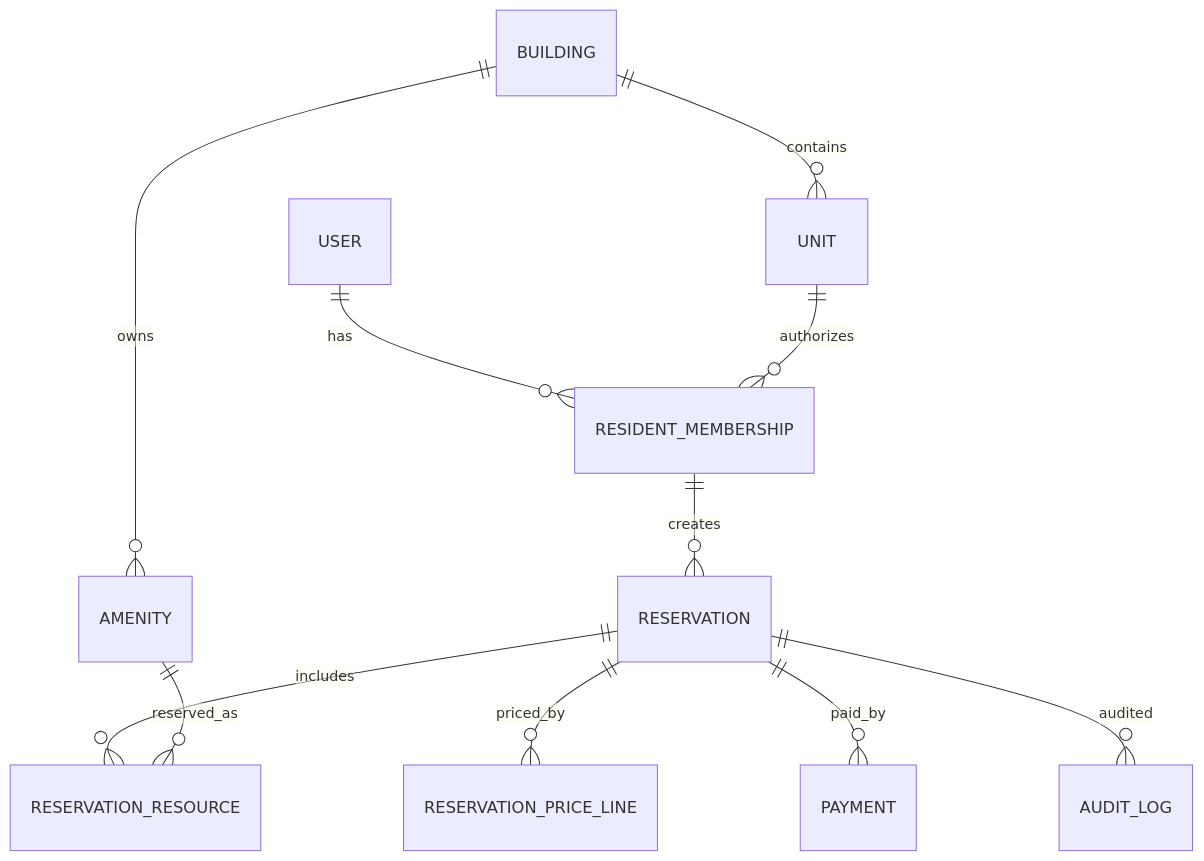
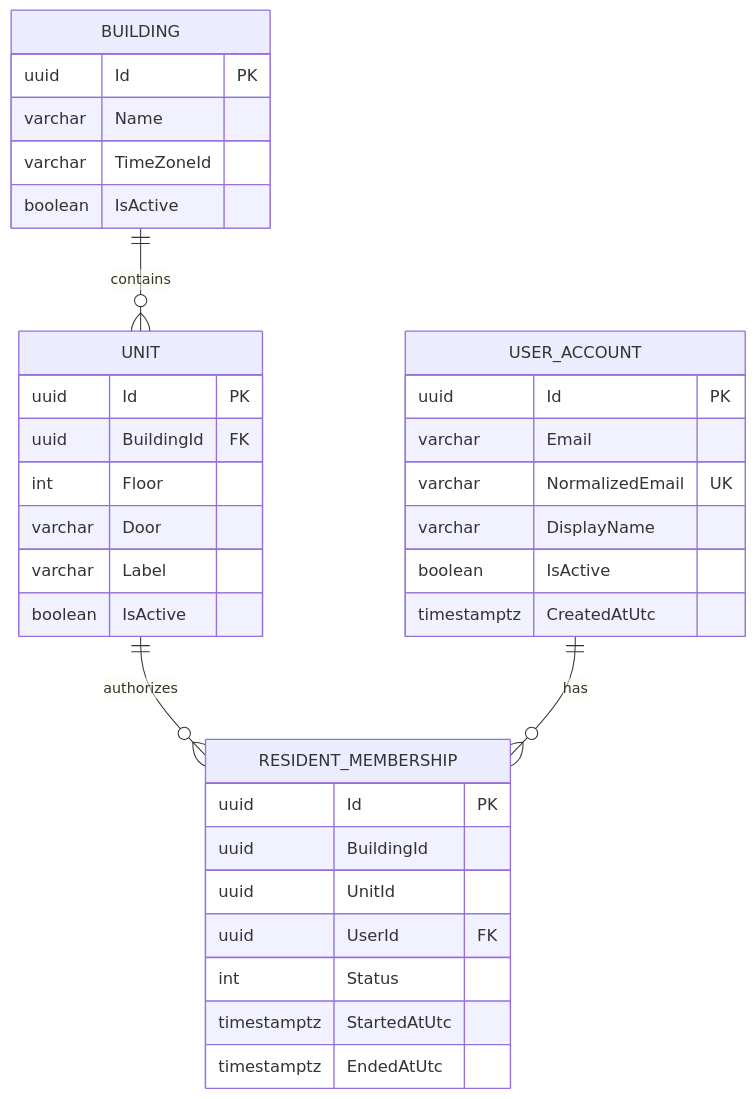
One commit to EnzoAA004/residential-amenities-platform changed the diagram in docs/04-data/domain-model.md. Above: the diagram before and after it, drawn with Mermaid. The commit also changed other lines of this file and 22 other files, not shown here.

````diff
--- a/docs/04-data/domain-model.md
+++ b/docs/04-data/domain-model.md
@@ -25,13 +27,41 @@
 ```mermaid
 erDiagram
     BUILDING ||--o{ UNIT : contains
-    BUILDING ||--o{ AMENITY : owns
-    USER ||--o{ RESIDENT_MEMBERSHIP : has
     UNIT ||--o{ RESIDENT_MEMBERSHIP : authorizes
-    RESIDENT_MEMBERSHIP ||--o{ RESERVATION : creates
-    RESERVATION ||--o{ RESERVATION_RESOURCE : includes
-    AMENITY ||--o{ RESERVATION_RESOURCE : reserved_as
-    RESERVATION ||--o{ RESERVATION_PRICE_LINE : priced_by
-    RESERVATION ||--o{ PAYMENT : paid_by
-    RESERVATION ||--o{ AUDIT_LOG : audited
+    USER_ACCOUNT ||--o{ RESIDENT_MEMBERSHIP : has
+
+    BUILDING {
+        uuid Id PK
+        varchar Name
+        varchar TimeZoneId
+        boolean IsActive
+    }
+
+    UNIT {
+        uuid Id PK
+        uuid BuildingId FK
+        int Floor
+        varchar Door
+        varchar Label
+        boolean IsActive
+    }
+
+    USER_ACCOUNT {
+        uuid Id PK
+        varchar Email
+        varchar NormalizedEmail UK
+        varchar DisplayName
+        boolean IsActive
+        timestamptz CreatedAtUtc
+    }
+
+    RESIDENT_MEMBERSHIP {
+        uuid Id PK
+        uuid BuildingId
+        uuid UnitId
+        uuid UserId FK
+        int Status
+        timestamptz StartedAtUtc
+        timestamptz EndedAtUtc
+    }
 ```
````
